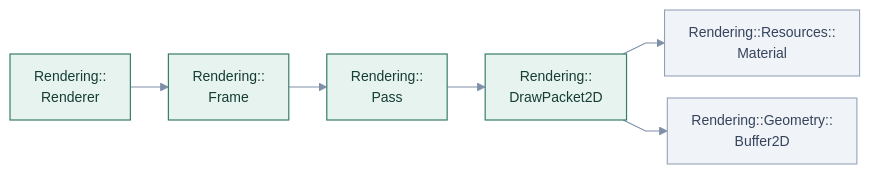
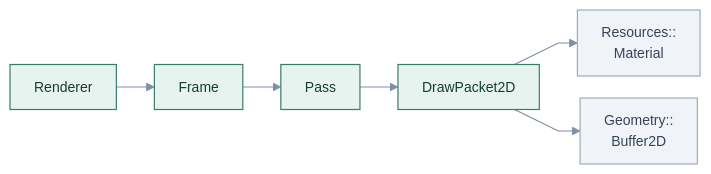
The diagram in docs/site/engine-systems/diagrams/rendering-focus-playback.mmd (cppcooper/cheryl-engine), drawn with Mermaid before and after one commit. The commit also changed 54 other files, not shown here.

First line of the commit message:
Simplifies signatures and namespace labels across subsystem diagrams

```diff
--- a/docs/site/engine-systems/diagrams/rendering-focus-playback.mmd
+++ b/docs/site/engine-systems/diagrams/rendering-focus-playback.mmd
@@ -1,32 +1,32 @@
 ---
 config:
   theme: base
   themeVariables:
     fontFamily: system-ui, sans-serif
     fontSize: 14px
   flowchart:
     htmlLabels: true
     curve: linear
     nodeSpacing: 22
     rankSpacing: 38
     padding: 12
 ---
 flowchart LR
     accTitle: Rendering · simple prepared frame
-    accDescr: Arrows point toward dependencies. Application roles are rounded; named API operations have rounded corners. Dashed arrows mark optional choices.
-    k0["Rendering::<br/>Renderer"]:::focal
-    k1["Rendering::<br/>Frame"]:::focal
-    k2["Rendering::<br/>Pass"]:::focal
-    k3["Rendering::<br/>DrawPacket2D"]:::focal
-    k4["Rendering::Resources::<br/>Material"]:::neighbor
-    k5["Rendering::Geometry::<br/>Buffer2D"]:::neighbor
+    accDescr: Local names omit Rendering::; ambiguous nested namespaces remain qualified. Local names omit Rendering::; ambiguous nested namespaces remain qualified. Arrows point toward dependencies. Application roles are rounded; named API operations have rounded corners. Dashed arrows mark optional choices.
+    k0["Renderer"]:::focal
+    k1["Frame"]:::focal
+    k2["Pass"]:::focal
+    k3["DrawPacket2D"]:::focal
+    k4["Resources::<br/>Material"]:::neighbor
+    k5["Geometry::<br/>Buffer2D"]:::neighbor
     k0 --> k1
     k1 --> k2
     k2 --> k3
     k3 --> k4
     k3 --> k5
     classDef focal fill:#e7f3ef,stroke:#387d6b,color:#153d33,stroke-width:1.2px
     classDef neighbor fill:#f0f3f8,stroke:#8c9bb1,color:#35445b,stroke-width:1px
     classDef app fill:#fff2df,stroke:#c09452,color:#674515,stroke-dasharray:5 3
     classDef system fill:#eaf0fc,stroke:#617fab,color:#263f69,stroke-width:1.2px
     linkStyle default stroke:#7e8fa7,stroke-width:1.2px
```
